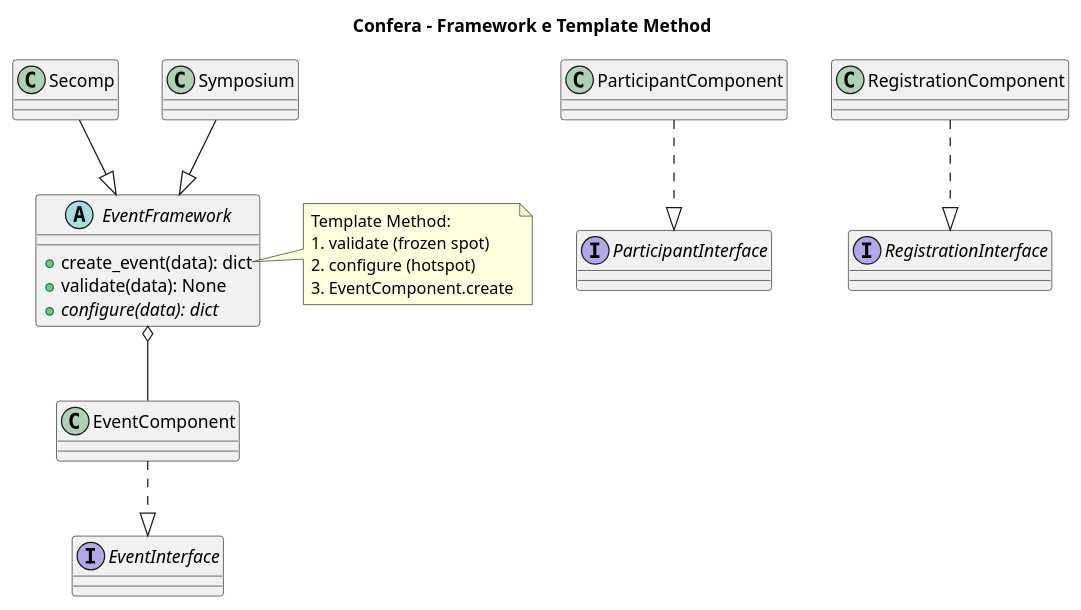
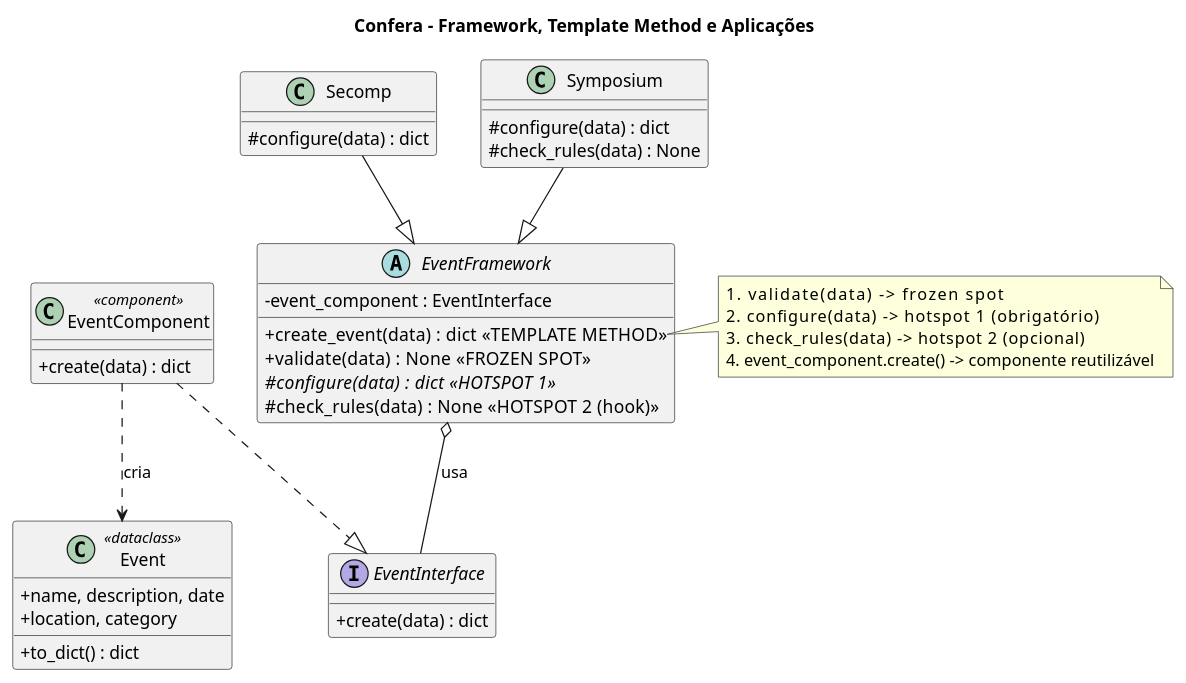
Before and after one commit to ABMS-NS/Confera: the diagram in docs/diagrams/framework.puml, drawn with PlantUML. The commit also changed 27 other files, not shown here.

Commit message:
Adiciona hook check_rules, painel de microsserviços, correções e testes

```diff
--- a/docs/diagrams/framework.puml
+++ b/docs/diagrams/framework.puml
@@ -1,28 +1,44 @@
 @startuml
-title Confera - Framework e Template Method
-interface EventInterface
-interface ParticipantInterface
-interface RegistrationInterface
-class EventComponent
-class ParticipantComponent
-class RegistrationComponent
-EventComponent ..|> EventInterface
-ParticipantComponent ..|> ParticipantInterface
-RegistrationComponent ..|> RegistrationInterface
+title Confera - Framework, Template Method e Aplicações
+skinparam classAttributeIconSize 0
+skinparam shadowing false
+
 abstract class EventFramework {
-  +create_event(data): dict
-  +validate(data): None
-  {abstract} +configure(data): dict
+  - event_component : EventInterface
+  + create_event(data) : dict   <<TEMPLATE METHOD>>
+  + validate(data) : None   <<FROZEN SPOT>>
+  # {abstract} configure(data) : dict   <<HOTSPOT 1>>
+  # check_rules(data) : None   <<HOTSPOT 2 (hook)>>
 }
-class Secomp
-class Symposium
-EventFramework o-- EventComponent
+class Secomp {
+  # configure(data) : dict
+}
+class Symposium {
+  # configure(data) : dict
+  # check_rules(data) : None
+}
+interface EventInterface {
+  + create(data) : dict
+}
+class EventComponent <<component>> {
+  + create(data) : dict
+}
+class Event <<dataclass>> {
+  + name, description, date
+  + location, category
+  + to_dict() : dict
+}
+
 Secomp --|> EventFramework
 Symposium --|> EventFramework
+EventFramework o-- EventInterface : usa
+EventComponent ..|> EventInterface
+EventComponent ..> Event : cria
+
 note right of EventFramework::create_event
-  Template Method:
-  1. validate (frozen spot)
-  2. configure (hotspot)
-  3. EventComponent.create
+  1. validate(data)            -> frozen spot
+  2. configure(data)           -> hotspot 1 (obrigatório)
+  3. check_rules(data)         -> hotspot 2 (opcional)
+  4. event_component.create()  -> componente reutilizável
 end note
 @enduml
```
